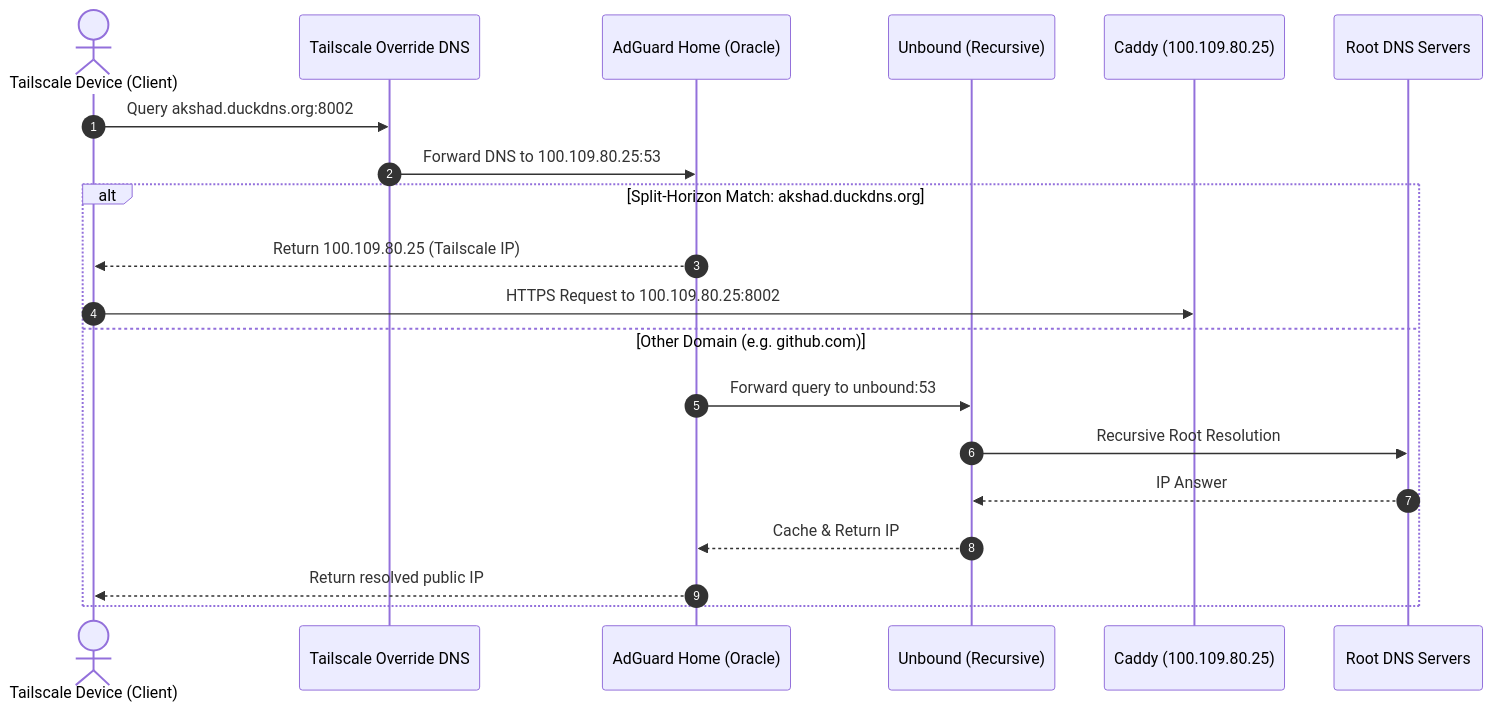
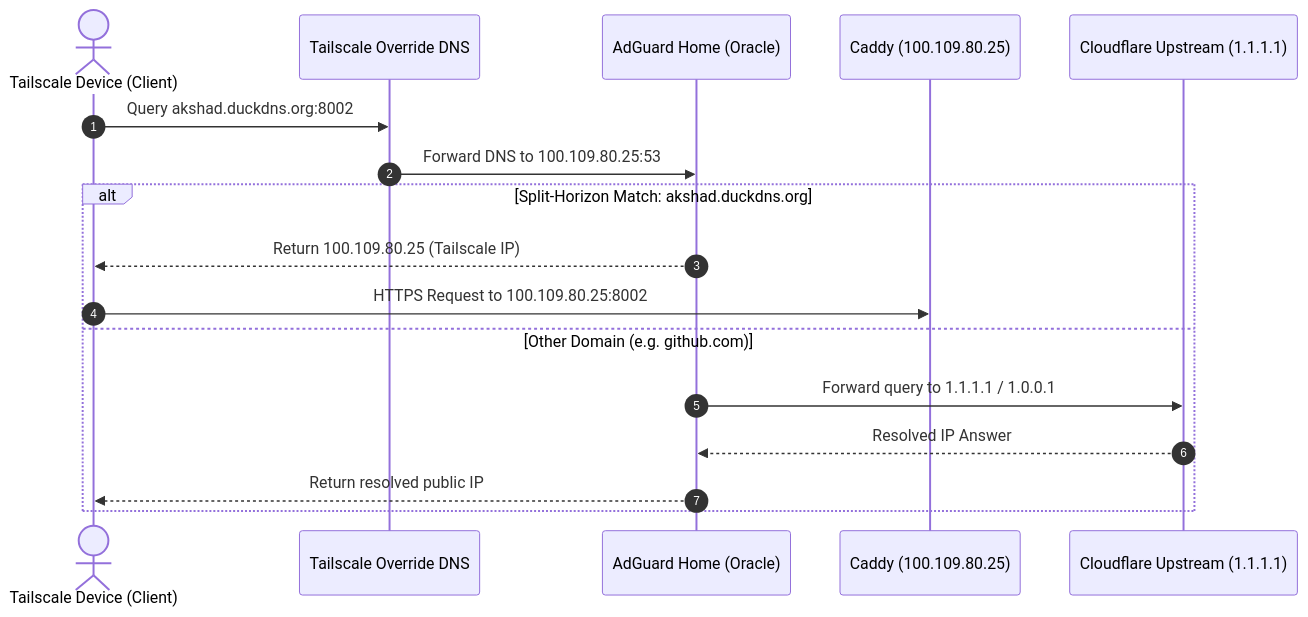
The diagram in docs/networking.md (Akshad135/homelab), drawn with Mermaid before and after one commit. The commit also changed other lines of this file and 8 other files, not shown here.

Commit message:
chore: remove unbound and switch AdGuard upstream to Cloudflare 1.1.1.1

````diff
--- a/docs/networking.md
+++ b/docs/networking.md
@@ -27,23 +27,20 @@
 ```mermaid
 sequenceDiagram
     autonumber
     actor Device as Tailscale Device (Client)
     participant Tailscale as Tailscale Override DNS
     participant AdGuard as AdGuard Home (Oracle)
-    participant Unbound as Unbound (Recursive)
     participant Caddy as Caddy (100.109.80.25)
-    participant Root as Root DNS Servers
+    participant Cloudflare as Cloudflare Upstream (1.1.1.1)
 
     Device->>Tailscale: Query akshad.duckdns.org:8002
     Tailscale->>AdGuard: Forward DNS to 100.109.80.25:53
     alt Split-Horizon Match: akshad.duckdns.org
         AdGuard-->>Device: Return 100.109.80.25 (Tailscale IP)
         Device->>Caddy: HTTPS Request to 100.109.80.25:8002
     else Other Domain (e.g. github.com)
-        AdGuard->>Unbound: Forward query to unbound:53
-        Unbound->>Root: Recursive Root Resolution
-        Root-->>Unbound: IP Answer
-        Unbound-->>AdGuard: Cache & Return IP
+        AdGuard->>Cloudflare: Forward query to 1.1.1.1 / 1.0.0.1
+        Cloudflare-->>AdGuard: Resolved IP Answer
         AdGuard-->>Device: Return resolved public IP
     end
 ```
````
